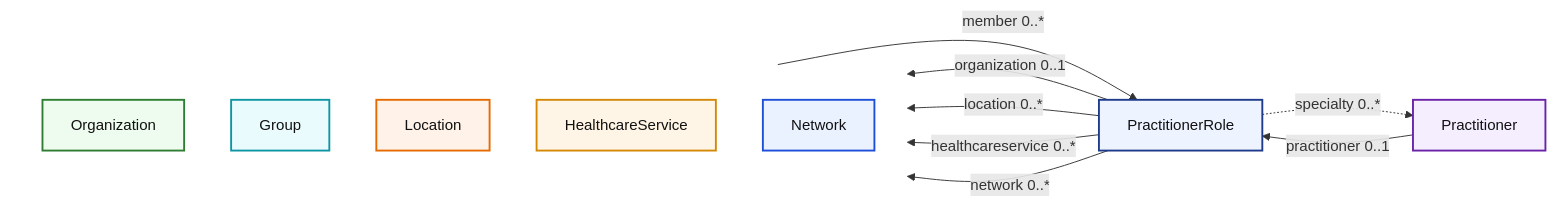
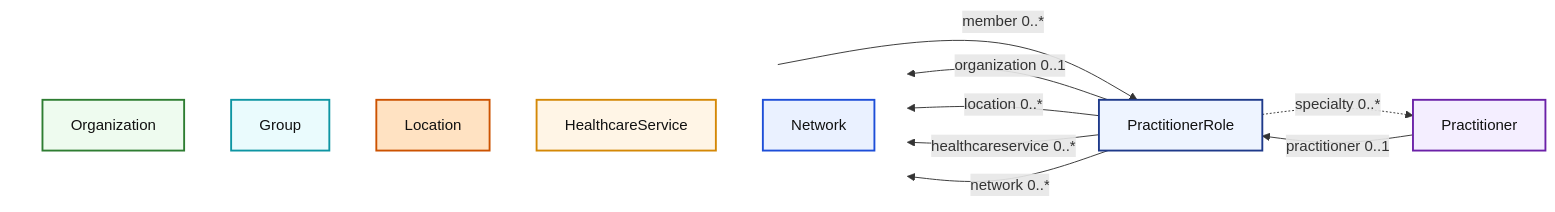
Before and after one commit to HL7/fhir-us-ndh: the diagram in input/pagecontent/resourceRelationship.md, drawn with Mermaid. The commit also changed 3 other files, not shown here.

````diff
--- a/input/pagecontent/resourceRelationship.md
+++ b/input/pagecontent/resourceRelationship.md
@@ -39,44 +39,44 @@
 ```mermaid
 %%{init: {'themeCSS': '.edgeLabel rect { fill: #ffffff !important; }'}}%%
 flowchart LR
     P[Practitioner]
     PR[PractitionerRole]
 
     subgraph C3[ ]
         direction TB
         O[Organization]
         G[Group]
         L[Location]
         HS[HealthcareService]
         N[Network]
     end
 
     P -->|practitioner 0..1| PR
     PR -.->|specialty 0..*| P
 
     PR -->|organization 0..1| O
     G -->|member 0..*| PR
     PR -->|location 0..*| L
     PR -->|healthcareservice 0..*| HS
     PR -->|network 0..*| N
     PR --> G
 
     classDef practitioner fill:#F4EEFF,stroke:#6B21A8,color:#111111,stroke-width:2px
     classDef practitionerRole fill:#EEF4FF,stroke:#1E3A8A,color:#111111,stroke-width:2px
     classDef organization fill:#EEFBEF,stroke:#2E7D32,color:#111111,stroke-width:2px
     classDef group fill:#EAFBFD,stroke:#0E95A3,color:#111111,stroke-width:2px
-    classDef location fill:#FFF2E8,stroke:#E56A00,color:#111111,stroke-width:2px
+    classDef location fill:#FFE2C2,stroke:#CC5200,color:#111111,stroke-width:2px
     classDef healthcareService fill:#FFF5E6,stroke:#D48806,color:#111111,stroke-width:2px
     classDef network fill:#EAF1FF,stroke:#1D4ED8,color:#111111,stroke-width:2px
 
     class P practitioner
     class PR practitionerRole
     class O organization
     class G group
     class L location
     class HS healthcareService
     class N network
 
     style C3 fill:transparent,stroke:transparent,color:transparent
     linkStyle 7 stroke:transparent,color:transparent
 ```
````
